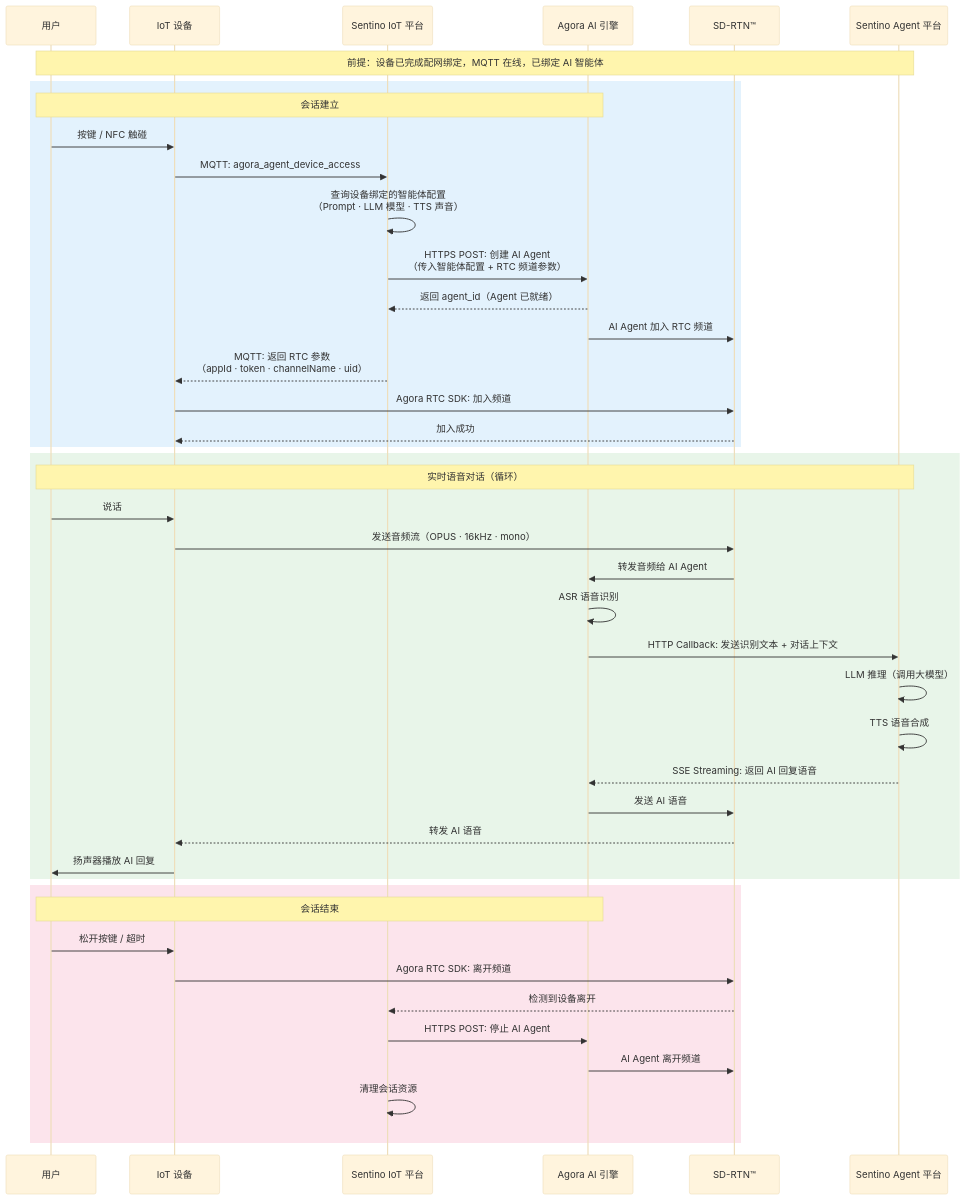
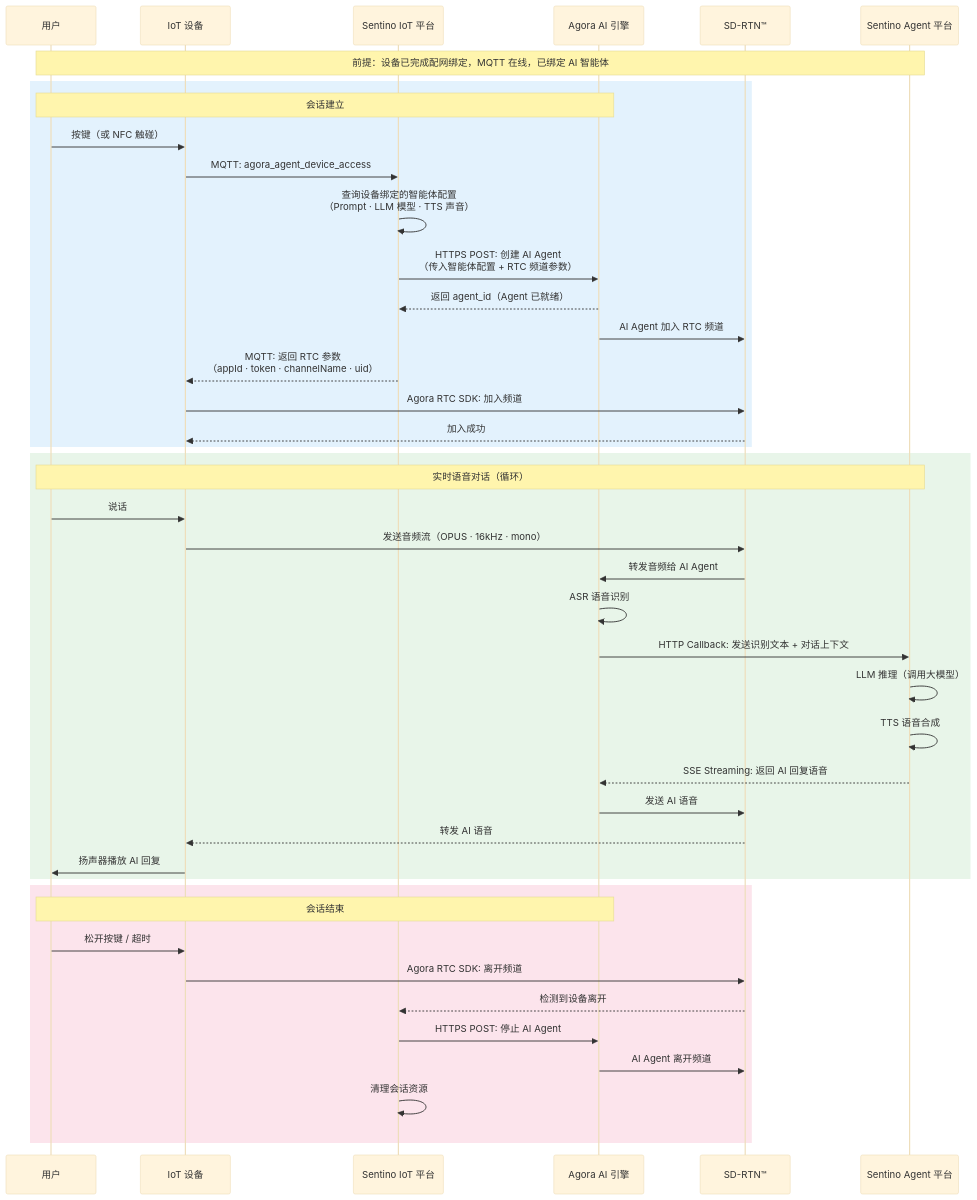
Before and after one commit to sentino-jp/iot-docs: the second of 2 diagrams in architecture-technical.md, drawn with Mermaid (base theme). The commit also changed other lines of this file and 6 other files, not shown here.

````diff
--- a/architecture-technical.md
+++ b/architecture-technical.md
@@ -99,49 +99,49 @@
 ```mermaid
 sequenceDiagram
     participant User as 用户
     participant Device as IoT 设备
     participant Cloud as Sentino IoT 平台
     participant ConvoAI as Agora AI 引擎
     participant RTN as SD-RTN™
     participant SA as Sentino Agent 平台
 
     Note over User, SA: 前提：设备已完成配网绑定，MQTT 在线，已绑定 AI 智能体
 
     rect rgb(227, 242, 253)
     Note over User, ConvoAI: 会话建立
-    User->>Device: 按键 / NFC 触碰
+    User->>Device: 按键（或 NFC 触碰）
     Device->>Cloud: MQTT: agora_agent_device_access
     Cloud->>Cloud: 查询设备绑定的智能体配置<br/>（Prompt · LLM 模型 · TTS 声音）
     Cloud->>ConvoAI: HTTPS POST: 创建 AI Agent<br/>（传入智能体配置 + RTC 频道参数）
     ConvoAI-->>Cloud: 返回 agent_id（Agent 已就绪）
     ConvoAI->>RTN: AI Agent 加入 RTC 频道
     Cloud-->>Device: MQTT: 返回 RTC 参数<br/>（appId · token · channelName · uid）
     Device->>RTN: Agora RTC SDK: 加入频道
     RTN-->>Device: 加入成功
     end
 
     rect rgb(232, 245, 233)
     Note over User, SA: 实时语音对话（循环）
     User->>Device: 说话
     Device->>RTN: 发送音频流（OPUS · 16kHz · mono）
     RTN->>ConvoAI: 转发音频给 AI Agent
     ConvoAI->>ConvoAI: ASR 语音识别
     ConvoAI->>SA: HTTP Callback: 发送识别文本 + 对话上下文
     SA->>SA: LLM 推理（调用大模型）
     SA->>SA: TTS 语音合成
     SA-->>ConvoAI: SSE Streaming: 返回 AI 回复语音
     ConvoAI->>RTN: 发送 AI 语音
     RTN-->>Device: 转发 AI 语音
     Device->>User: 扬声器播放 AI 回复
     end
 
     rect rgb(252, 228, 236)
     Note over User, ConvoAI: 会话结束
     User->>Device: 松开按键 / 超时
     Device->>RTN: Agora RTC SDK: 离开频道
     RTN-->>Cloud: 检测到设备离开
     Cloud->>ConvoAI: HTTPS POST: 停止 AI Agent
     ConvoAI->>RTN: AI Agent 离开频道
     Cloud->>Cloud: 清理会话资源
     end
 ```
````
